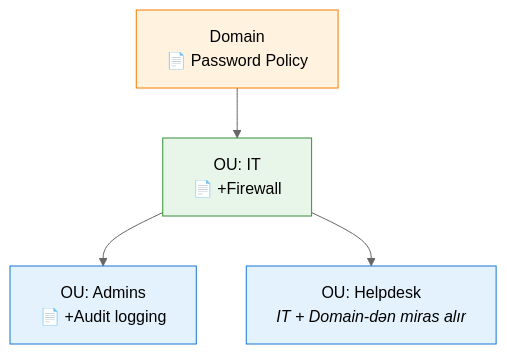
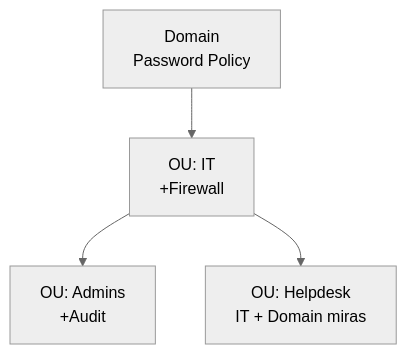
One commit to farzaliyevemil/infoseclessons changed the second of 2 diagrams in i18n/az/docusaurus-plugin-content-docs/current/servers/group-policy.md. Above: the diagram before and after it, drawn with Mermaid (neutral theme). The commit also changed other lines of this file and 1 other file, not shown here.

First line of the commit message:
Rewrite Group Policy lesson with full lab scenario

````diff
--- a/i18n/az/docusaurus-plugin-content-docs/current/servers/group-policy.md
+++ b/i18n/az/docusaurus-plugin-content-docs/current/servers/group-policy.md
@@ -70,10 +380,6 @@
 ```mermaid
 flowchart TD
-    D["Domain<br/>📄 Password Policy"] --> IT["OU: IT<br/>📄 +Firewall"]
-    IT --> Admins["OU: Admins<br/>📄 +Audit logging"]
-    IT --> Helpdesk["OU: Helpdesk<br/><i>IT + Domain-dən miras alır</i>"]
-    style D fill:#fff3e0,stroke:#f57c00
-    style IT fill:#e8f5e9,stroke:#388e3c
-    style Admins fill:#e3f2fd,stroke:#1976d2
-    style Helpdesk fill:#e3f2fd,stroke:#1976d2
+    D["Domain<br/>Password Policy"] --> IT["OU: IT<br/>+Firewall"]
+    IT --> Admins["OU: Admins<br/>+Audit"]
+    IT --> Helpdesk["OU: Helpdesk<br/>IT + Domain miras"]
 ```
````
